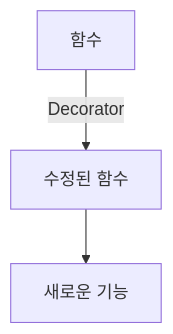
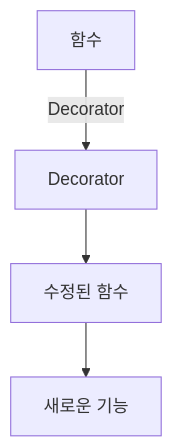
Before and after one commit to 42jerrykim/42jerrykim.github.io: diagram 14 of 16 in content/post/2024/2024-10-17-python-decorator/index.md, drawn with Mermaid. The commit also changed other lines of this file and 239 other files, not shown here.

````diff
--- a/content/post/2024/2024-10-17-python-decorator/index.md
+++ b/content/post/2024/2024-10-17-python-decorator/index.md
@@ -914,5 +729,10 @@
 ```mermaid
-graph TD;
-    A[함수] -->|Decorator| B[수정된 함수]
-    B --> C[새로운 기능]
+graph TD
+    FuncNode["함수"]
+    DecoratorNode["Decorator"]
+    ModifiedFunc["수정된 함수"]
+    NewFeature["새로운 기능"]
+    FuncNode -->|"Decorator"| DecoratorNode
+    DecoratorNode --> ModifiedFunc
+    ModifiedFunc --> NewFeature
 ```
````
